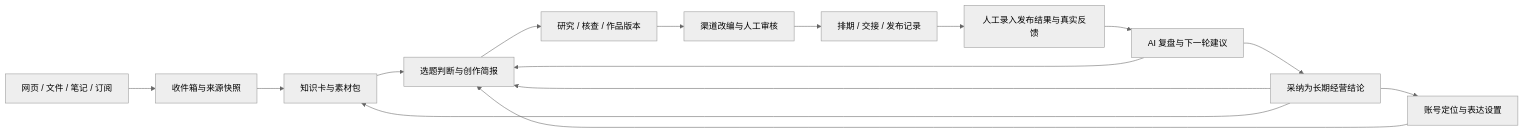
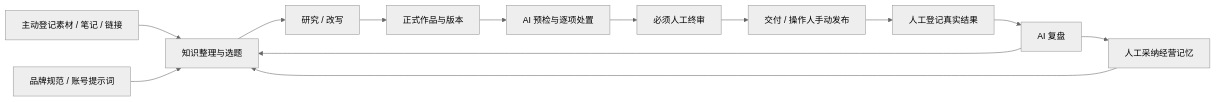
One commit to 899ms/loretide changed the diagram in README.md. Above: the diagram before and after it, drawn with Mermaid (neutral theme). The commit also changed other lines of this file and 1 other file, not shown here.

````diff
--- a/README.md
+++ b/README.md
@@ -57,17 +25,15 @@
 ```mermaid
 flowchart LR
-  A[网页 / 文件 / 笔记 / 订阅] --> B[收件箱与来源快照]
-  B --> C[知识卡与素材包]
-  C --> D[选题判断与创作简报]
-  P[账号定位与表达设置] --> D
-  D --> E[研究 / 核查 / 作品版本]
-  E --> F[渠道改编与人工审核]
-  F --> G[排期 / 交接 / 发布记录]
-  G --> H[人工录入发布结果与真实反馈]
-  H --> AI[AI 复盘与下一轮建议]
-  AI --> I[采纳为长期经营结论]
-  AI --> D
-  I --> D
-  I --> C
-  I --> P
+  A[主动登记素材 / 笔记 / 链接] --> B[知识整理与选题]
+  C[品牌规范 / 账号提示词] --> B
+  B --> D[研究 / 改写]
+  D --> E[正式作品与版本]
+  E --> F[AI 预检与逐项处置]
+  F --> G[必须人工终审]
+  G --> H[交付 / 操作人手动发布]
+  H --> I[人工登记真实结果]
+  I --> J[AI 复盘]
+  J --> B
+  J --> K[人工采纳经营记忆]
+  K --> B
 ```
````
